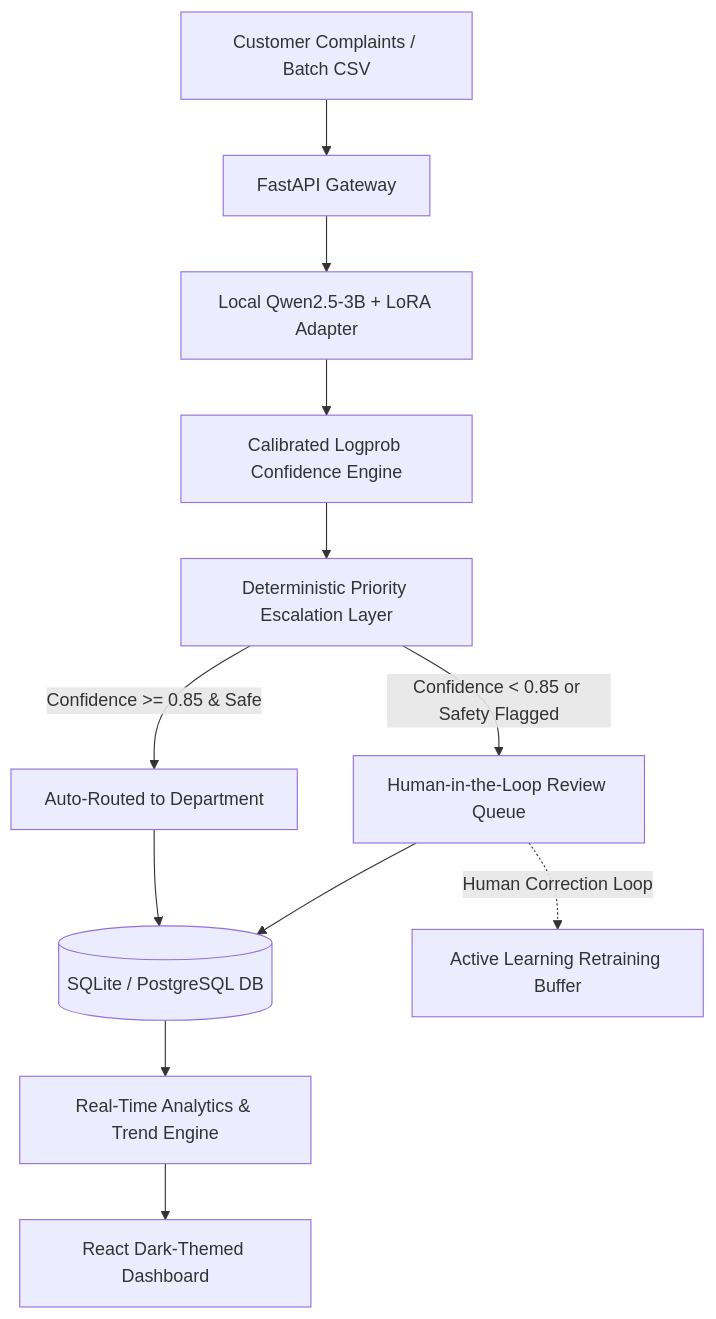
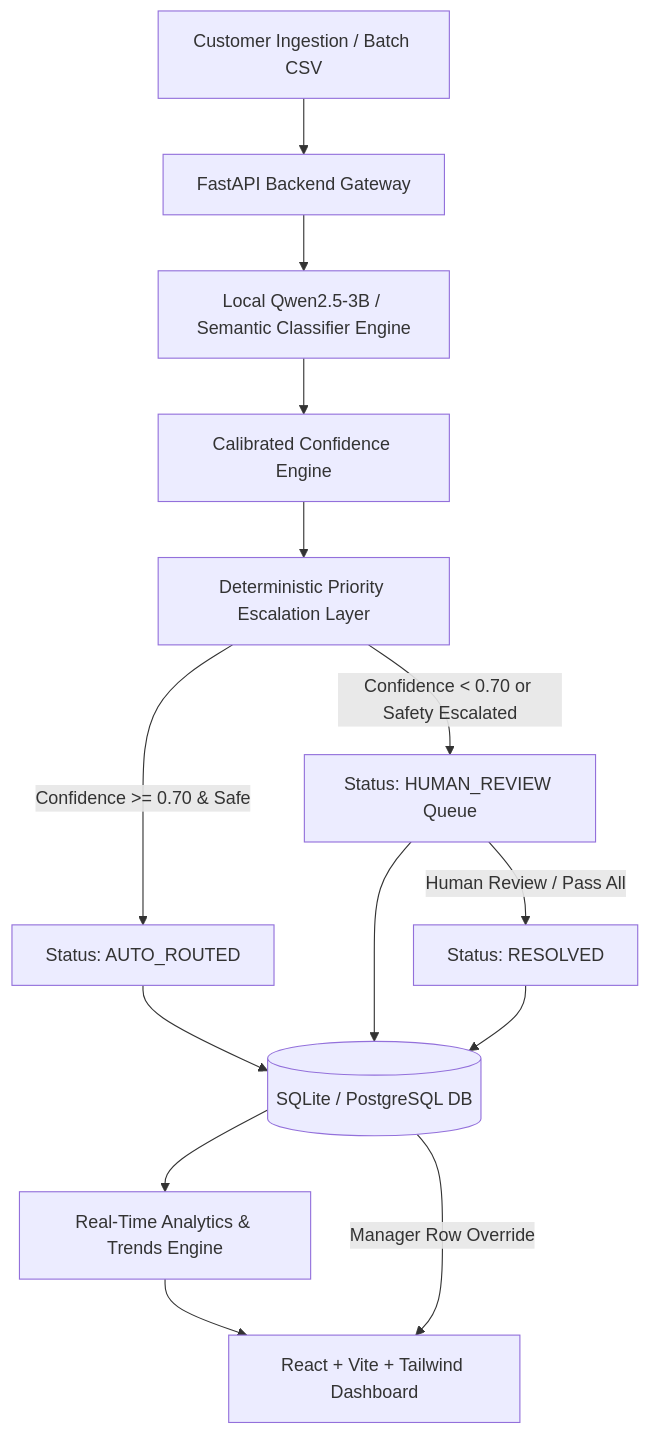
One commit to Keval1316/telecom-support-ticket-triage changed the diagram in README.md. Above: the diagram before and after it, drawn with Mermaid. The commit also changed other lines of this file and 15 other files, not shown here.

Commit message:
feat: complete ticket triage system with manager overrides, calibrated confidence, bulk review actions, and updated docs

````diff
--- a/README.md
+++ b/README.md
@@ -17,14 +87,16 @@
 ```mermaid
 graph TD
-    A[Customer Complaints / Batch CSV] --> B[FastAPI Gateway]
-    B --> C[Local Qwen2.5-3B + LoRA Adapter]
-    C --> D[Calibrated Logprob Confidence Engine]
+    A[Customer Ingestion / Batch CSV] --> B[FastAPI Backend Gateway]
+    B --> C[Local Qwen2.5-3B / Semantic Classifier Engine]
+    C --> D[Calibrated Confidence Engine]
     D --> E[Deterministic Priority Escalation Layer]
-    E -->|Confidence >= 0.85 & Safe| F[Auto-Routed to Department]
-    E -->|Confidence < 0.85 or Safety Flagged| G[Human-in-the-Loop Review Queue]
+    E -->|Confidence >= 0.70 & Safe| F[Status: AUTO_ROUTED]
+    E -->|Confidence < 0.70 or Safety Escalated| G[Status: HUMAN_REVIEW Queue]
     F --> H[(SQLite / PostgreSQL DB)]
     G --> H
-    H --> I[Real-Time Analytics & Trend Engine]
-    I --> J[React Dark-Themed Dashboard]
-    G -.->|Human Correction Loop| K[Active Learning Retraining Buffer]
+    G -->|Human Review / Pass All| I[Status: RESOLVED]
+    I --> H
+    H --> J[Real-Time Analytics & Trends Engine]
+    J --> K[React + Vite + Tailwind Dashboard]
+    H -->|Manager Row Override| K
 ```
````
